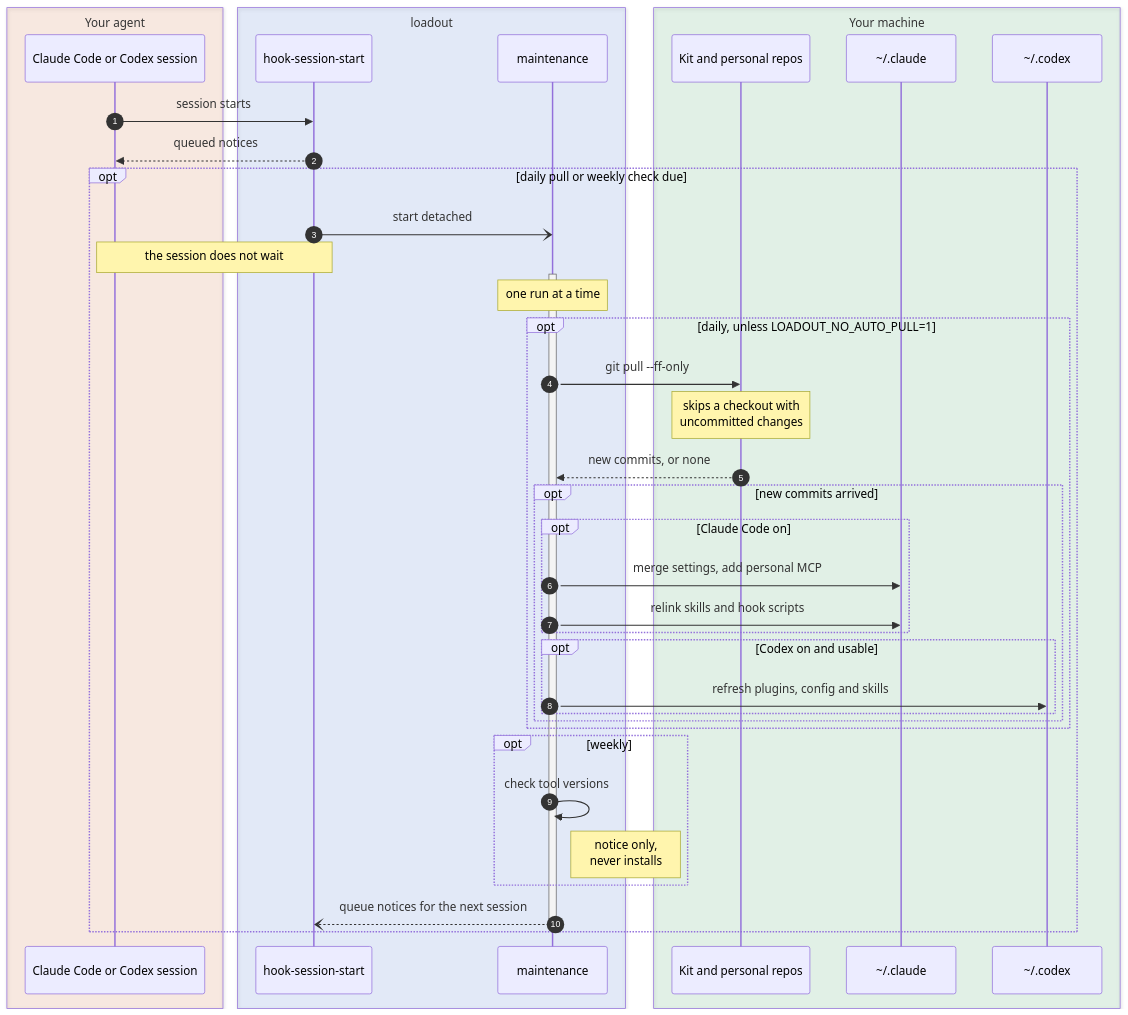
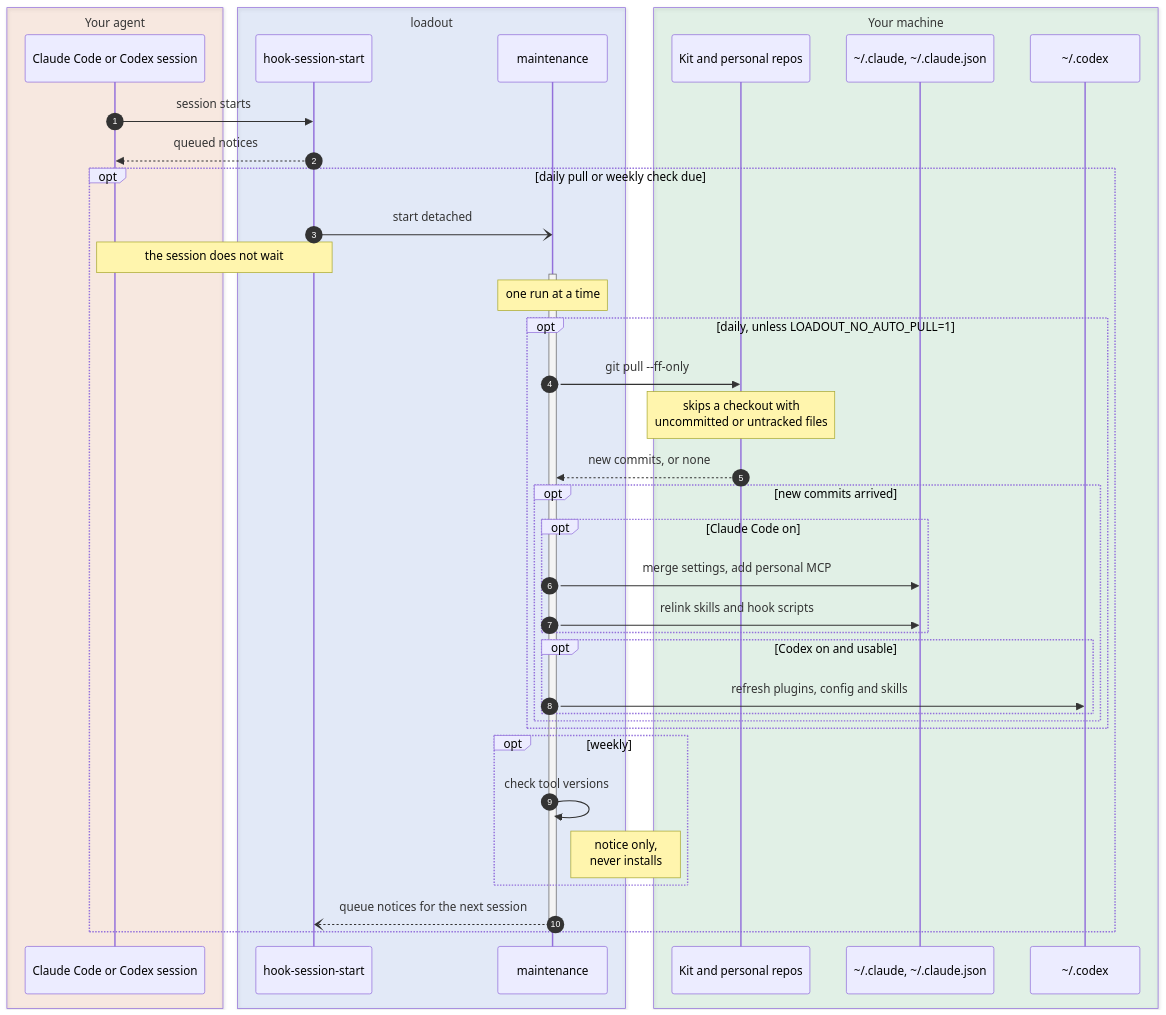
The diagram in docs/diagrams/architecture-daily-sync.mmd (jonasyr/agent-loadout), drawn with Mermaid before and after one commit. The commit also changed 39 other files, not shown here.

```diff
--- a/docs/diagrams/architecture-daily-sync.mmd
+++ b/docs/diagrams/architecture-daily-sync.mmd
@@ -1,43 +1,43 @@
 sequenceDiagram
   autonumber
   box rgba(234, 88, 12, 0.10) Your agent
     participant S as Claude Code or Codex session
   end
   box rgba(37, 99, 235, 0.10) loadout
     participant H as hook-session-start
     participant M as maintenance
   end
   box rgba(22, 163, 74, 0.10) Your machine
     participant G as Kit and personal repos
-    participant C as ~/.claude
+    participant C as ~/.claude, ~/.claude.json
     participant X as ~/.codex
   end
 
   S->>H: session starts
   H-->>S: queued notices
   opt daily pull or weekly check due
     H-)M: start detached
     Note over S,H: the session does not wait
     activate M
     Note over M: one run at a time
     opt daily, unless LOADOUT_NO_AUTO_PULL=1
       M->>G: git pull --ff-only
-      Note over G: skips a checkout with<br/>uncommitted changes
+      Note over G: skips a checkout with<br/>uncommitted or untracked files
       G-->>M: new commits, or none
       opt new commits arrived
         opt Claude Code on
           M->>C: merge settings, add personal MCP
           M->>C: relink skills and hook scripts
         end
         opt Codex on and usable
           M->>X: refresh plugins, config and skills
         end
       end
     end
     opt weekly
       M->>M: check tool versions
       Note right of M: notice only,<br/>never installs
     end
     M--)H: queue notices for the next session
     deactivate M
   end
```
